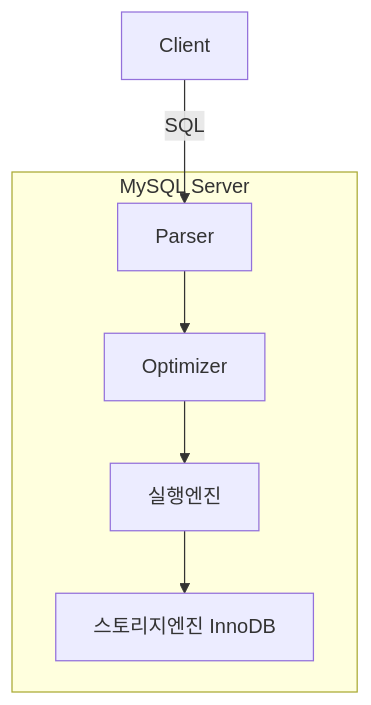
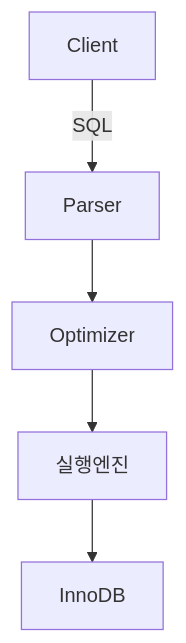
One commit to yjkim2015/yjkim2015.github.io changed the first of 10 diagrams in _posts/db/2026-05-01-db-internals.md. Above: the diagram before and after it, drawn with Mermaid. The commit also changed other lines of this file and 155 other files, not shown here.

First line of the commit message:
Mermaid 전면 수정: subgraph 제거, participant/노드/줄수 축소 (342블록)

````diff
--- a/_posts/db/2026-05-01-db-internals.md
+++ b/_posts/db/2026-05-01-db-internals.md
@@ -18,13 +18,7 @@
 ```mermaid
 graph TD
     Client -->|SQL| Parser
     Parser --> Optimizer
-    Optimizer --> EE[실행엔진]
-    EE --> SE["스토리지엔진 InnoDB"]
-    subgraph "MySQL Server"
-        Parser
-        Optimizer
-        EE
-        SE
-    end
+    Optimizer --> EE["실행엔진"]
+    EE --> SE["InnoDB"]
 ```
````
